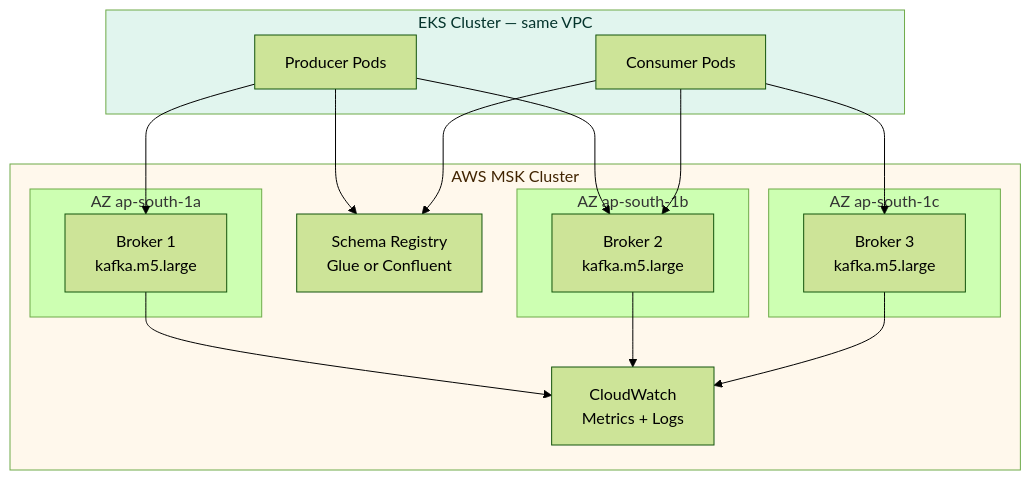
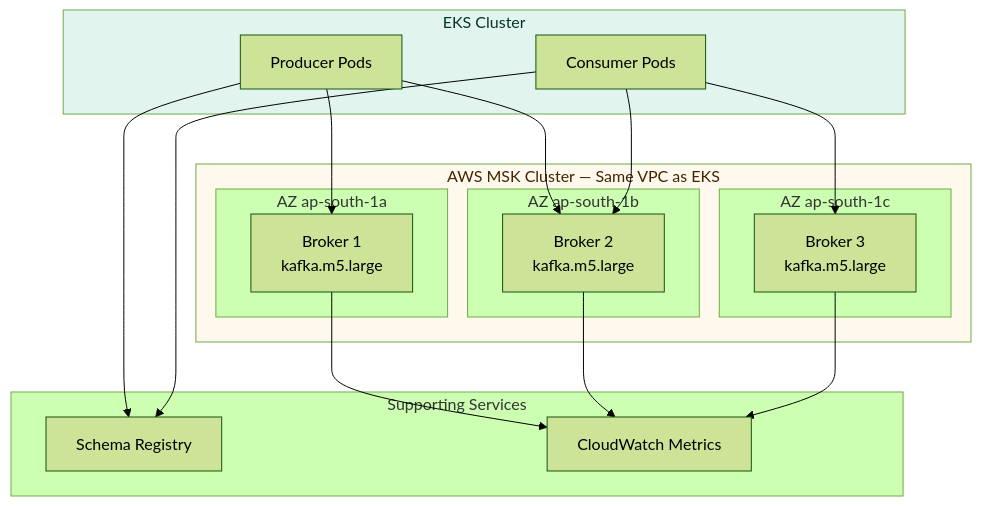
Diagram 17 of 18 in kakfa/kafka_best_practices.md (rahulsaxena23-code/best-practice), drawn with Mermaid (forest theme) before and after one commit. The commit also changed other lines of this file, not shown here.

````diff
--- a/kakfa/kafka_best_practices.md
+++ b/kakfa/kafka_best_practices.md
@@ -1034,34 +929,35 @@
 ```mermaid
-graph TB
-    subgraph MSK["AWS MSK Cluster"]
+flowchart TB
+    subgraph MSK["AWS MSK Cluster — Same VPC as EKS"]
         subgraph AZ1["AZ ap-south-1a"]
             BR1[Broker 1\nkafka.m5.large]
         end
         subgraph AZ2["AZ ap-south-1b"]
             BR2[Broker 2\nkafka.m5.large]
         end
         subgraph AZ3["AZ ap-south-1c"]
             BR3[Broker 3\nkafka.m5.large]
         end
-        SR[Schema Registry\nGlue or Confluent]
-        CW[CloudWatch\nMetrics + Logs]
     end
-
-    subgraph EKS["EKS Cluster — same VPC"]
+    subgraph EKS["EKS Cluster"]
         PS[Producer Pods]
         CS[Consumer Pods]
+    end
+    subgraph Infra["Supporting Services"]
+        SR[Schema Registry]
+        CW[CloudWatch Metrics]
     end
 
     PS --> BR1
     PS --> BR2
     CS --> BR2
     CS --> BR3
     BR1 --> CW
     BR2 --> CW
     BR3 --> CW
     PS --> SR
     CS --> SR
 
     style MSK fill:#FFF8EC,color:#412402
     style EKS fill:#E1F5EE,color:#04342C
 ```
````
